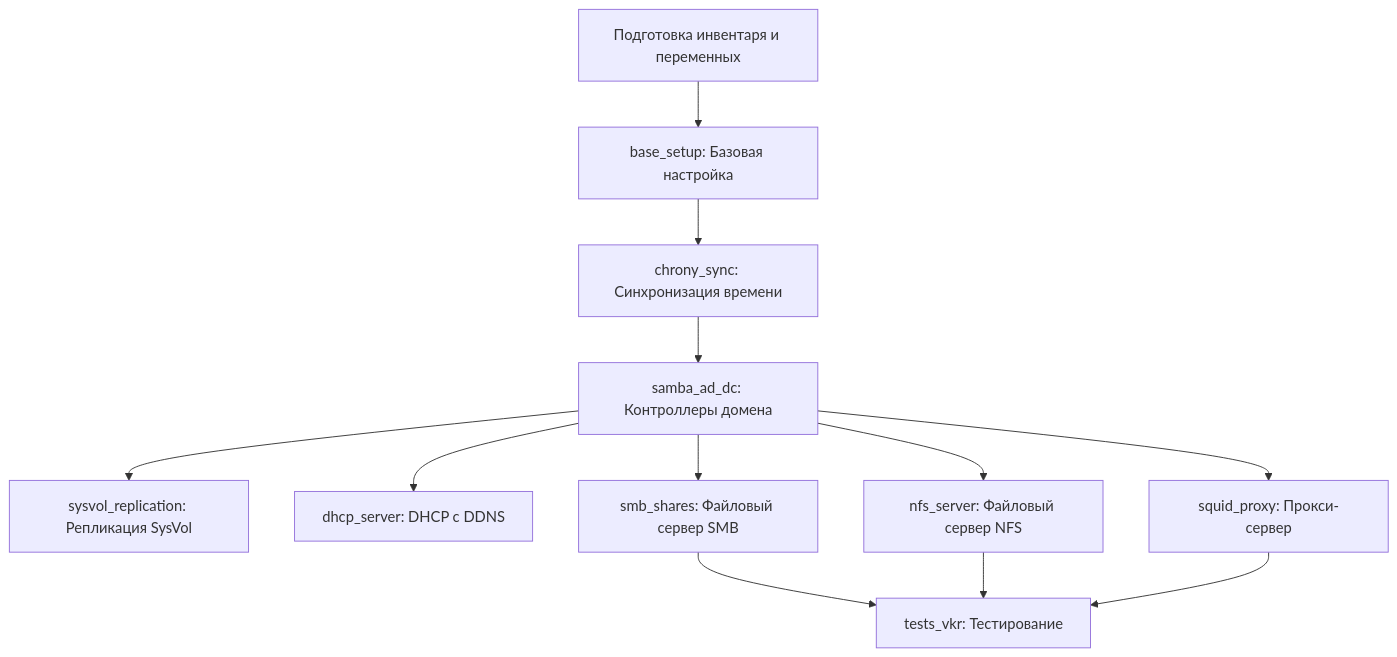
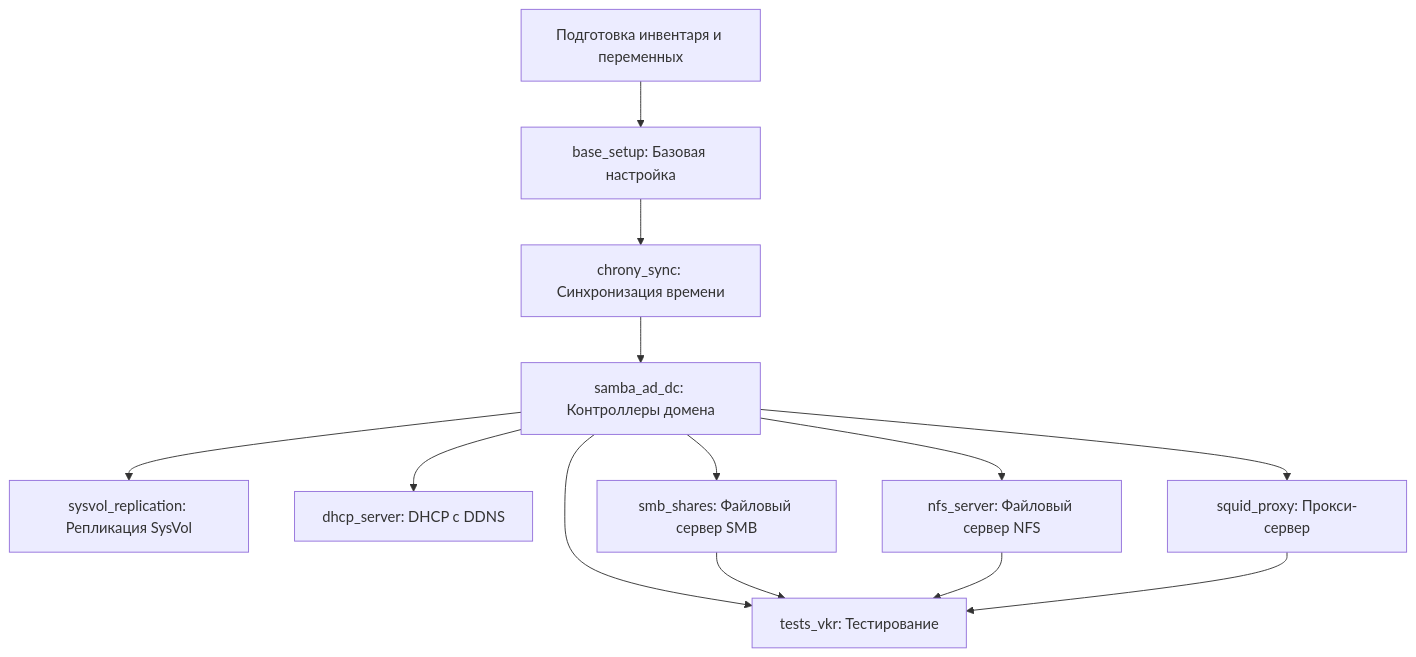
The diagram in README.md (shoelacevip12/Altlinux_VKR_2026), drawn with Mermaid before and after one commit.

````diff
--- a/README.md
+++ b/README.md
@@ -608,12 +608,12 @@
 ```mermaid
 graph TD
     A[Подготовка инвентаря и переменных] --> B[base_setup: Базовая настройка]
     B --> C[chrony_sync: Синхронизация времени]
     C --> D[samba_ad_dc: Контроллеры домена]
     D --> E[sysvol_replication: Репликация SysVol]
     D --> F[dhcp_server: DHCP с DDNS]
     D --> G[smb_shares: Файловый сервер SMB]
     D --> H[nfs_server: Файловый сервер NFS]
     D --> I[squid_proxy: Прокси-сервер]
-    G & H & I --> J[tests_vkr: Тестирование]
+    D & G & H & I --> J[tests_vkr: Тестирование]
 ```
````
